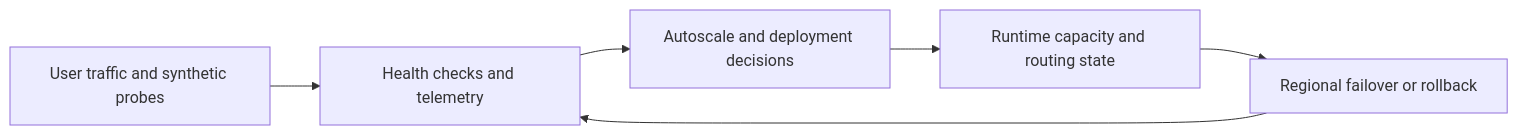
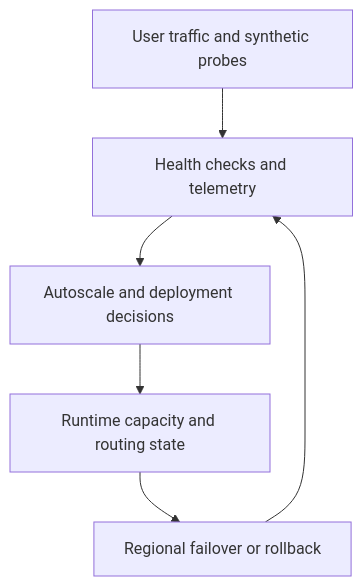
Before and after one commit to yeongseon/azure-architecture-practical-guide: the diagram in docs/workload-guides/public-web-api/operations-and-reliability.md, drawn with Mermaid. The commit also changed 61 other files, not shown here.

First line of the commit message:
docs: convert LR diagrams to TD for readability and add orientation rule

````diff
--- a/docs/workload-guides/public-web-api/operations-and-reliability.md
+++ b/docs/workload-guides/public-web-api/operations-and-reliability.md
@@ -53,8 +53,8 @@
 ```mermaid
-flowchart LR
+flowchart TD
     A[User traffic and synthetic probes] --> B[Health checks and telemetry]
     B --> C[Autoscale and deployment decisions]
     C --> D[Runtime capacity and routing state]
     D --> E[Regional failover or rollback]
     E --> B
 ```
````
